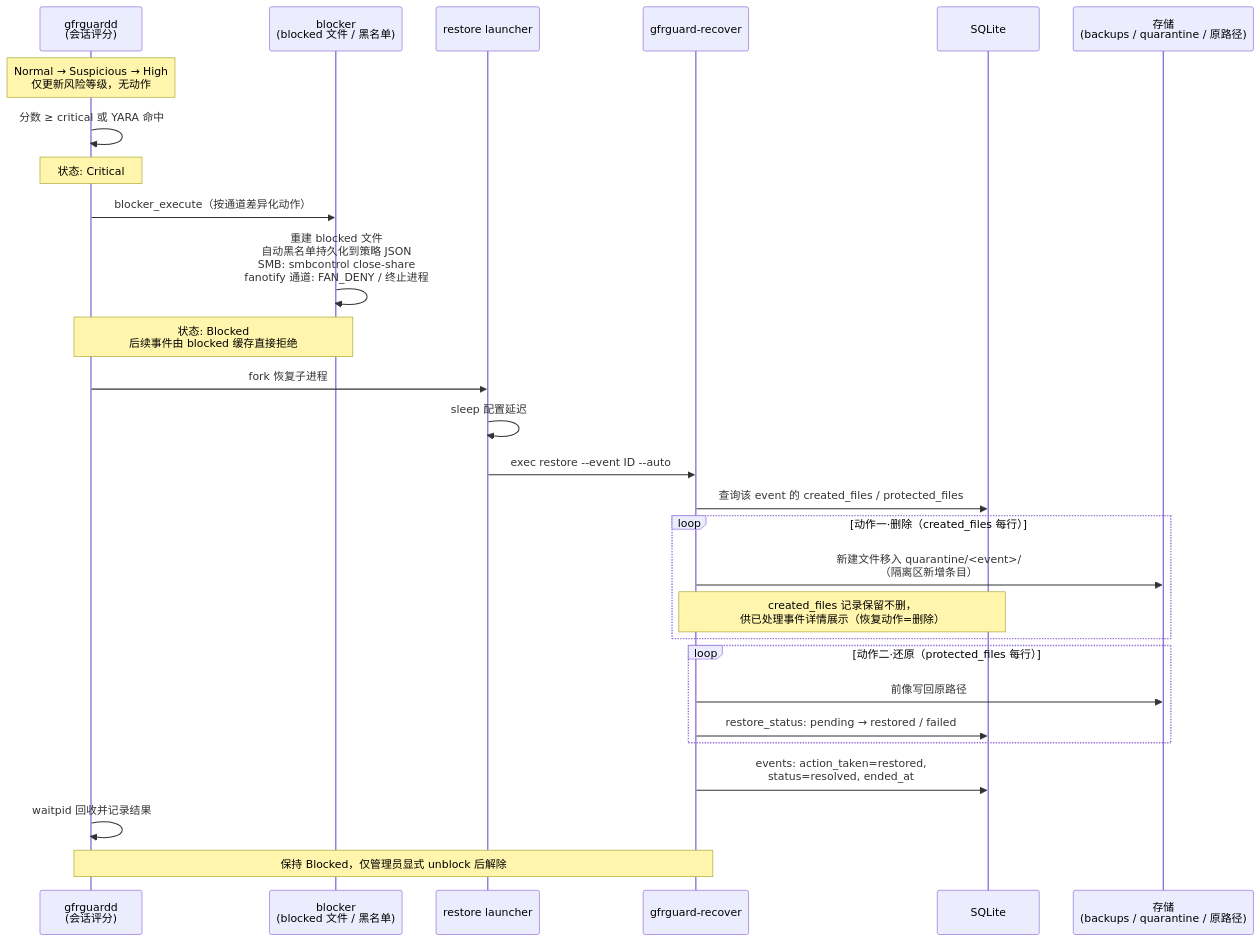
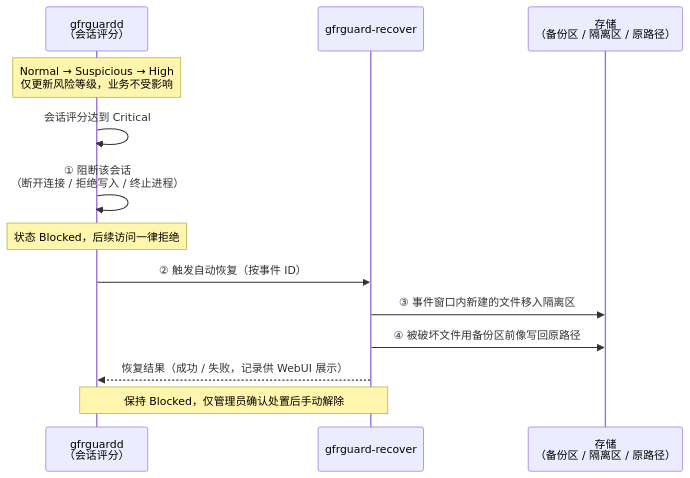
The eighth of 11 diagrams in doc/specs/architecture_v2.md (xd121614/ne_gfrguard), drawn with Mermaid before and after one commit. The commit also changed other lines of this file, not shown here.

````diff
--- a/doc/specs/architecture_v2.md
+++ b/doc/specs/architecture_v2.md
@@ -420,31 +512,16 @@
 ```mermaid
 sequenceDiagram
-	participant D as gfrguardd<br/>(会话评分)
-	participant BLK as blocker<br/>(blocked 文件 / 黑名单)
-	participant R as restore launcher
+	participant D as gfrguardd<br/>（会话评分）
 	participant C as gfrguard-recover
-	participant DB as SQLite
-	participant ST as 存储<br/>(backups / quarantine / 原路径)
+	participant ST as 存储<br/>（备份区 / 隔离区 / 原路径）
 
-	Note over D: Normal → Suspicious → High<br/>仅更新风险等级，无动作
-	D->>D: 分数 ≥ critical 或 YARA 命中
-	Note over D: 状态: Critical
-	D->>BLK: blocker_execute（按通道差异化动作）
-	BLK->>BLK: 重建 blocked 文件<br/>自动黑名单持久化到策略 JSON<br/>SMB: smbcontrol close-share<br/>fanotify 通道: FAN_DENY / 终止进程
-	Note over D,BLK: 状态: Blocked<br/>后续事件由 blocked 缓存直接拒绝
-	D->>R: fork 恢复子进程
-	R->>R: sleep 配置延迟
-	R->>C: exec restore --event ID --auto
-	C->>DB: 查询该 event 的 created_files / protected_files
-	loop 动作一·删除（created_files 每行）
-		C->>ST: 新建文件移入 quarantine/<event>/<br/>（隔离区新增条目）
-		Note over C,DB: created_files 记录保留不删，<br/>供已处理事件详情展示（恢复动作=删除）
-	end
-	loop 动作二·还原（protected_files 每行）
-		C->>ST: 前像写回原路径
-		C->>DB: restore_status: pending → restored / failed
-	end
-	C->>DB: events: action_taken=restored,<br/>status=resolved, ended_at
-	D->>D: waitpid 回收并记录结果
-	Note over D,C: 保持 Blocked，仅管理员显式 unblock 后解除
+	Note over D: Normal → Suspicious → High<br/>仅更新风险等级，业务不受影响
+	D->>D: 会话评分达到 Critical
+	D->>D: ① 阻断该会话<br/>（断开连接 / 拒绝写入 / 终止进程）
+	Note over D: 状态 Blocked，后续访问一律拒绝
+	D->>C: ② 触发自动恢复（按事件 ID）
+	C->>ST: ③ 事件窗口内新建的文件移入隔离区
+	C->>ST: ④ 被破坏文件用备份区前像写回原路径
+	C-->>D: 恢复结果（成功 / 失败，记录供 WebUI 展示）
+	Note over D,C: 保持 Blocked，仅管理员确认处置后手动解除
 ```
````
